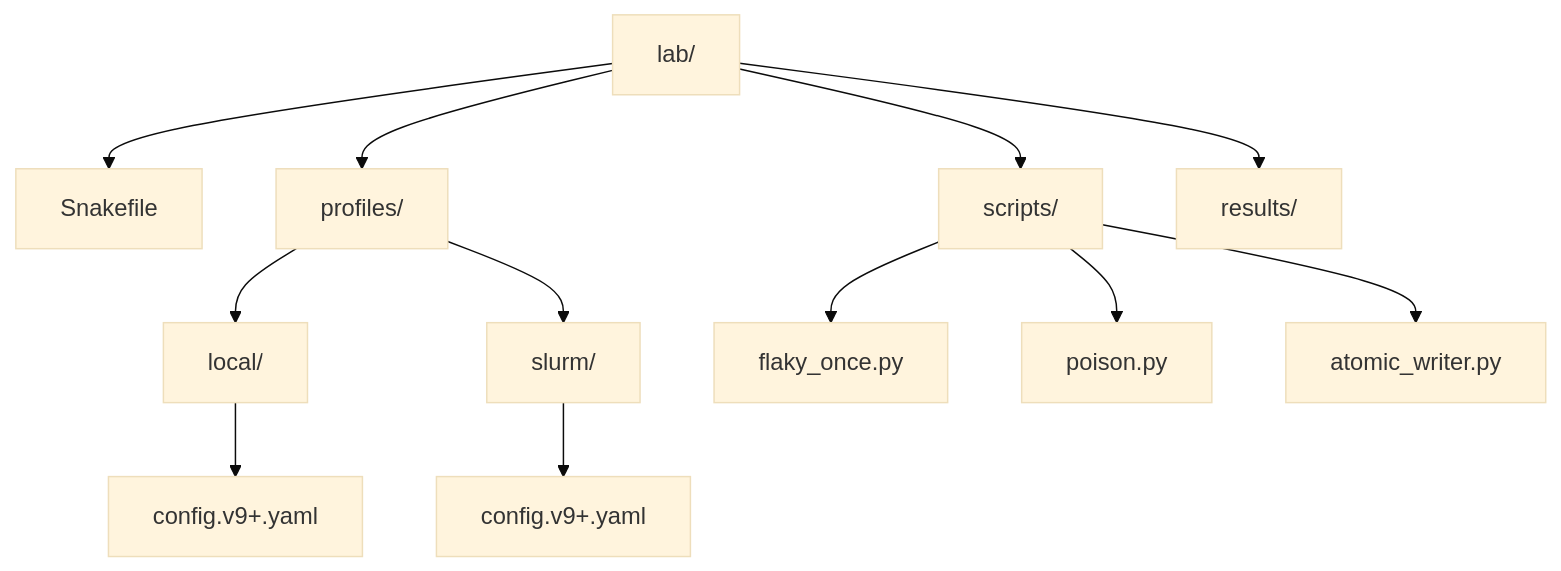
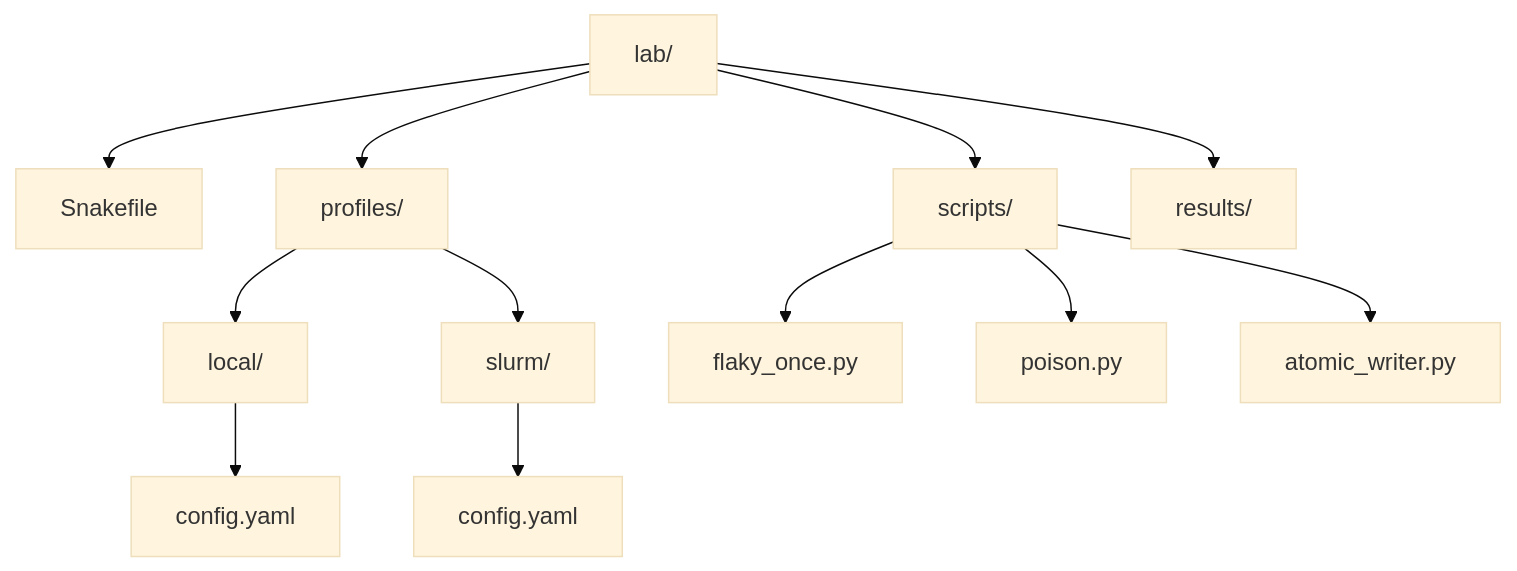
Before and after one commit to bijux/bijux-masterclass: the third of 8 diagrams in programs/reproducible-research/deep-dive-snakemake/course-book/module-03-production-operations-policy-boundaries/index.md, drawn with Mermaid (base theme). The commit also changed other lines of this file, not shown here.

````diff
--- a/programs/reproducible-research/deep-dive-snakemake/course-book/module-03-production-operations-policy-boundaries/index.md
+++ b/programs/reproducible-research/deep-dive-snakemake/course-book/module-03-production-operations-policy-boundaries/index.md
@@ -108,15 +114,15 @@
 ```mermaid
 graph TD
   lab["lab/"]
   lab --> snakefile["Snakefile"]
   lab --> profiles["profiles/"]
   lab --> scripts["scripts/"]
   lab --> results["results/"]
   profiles --> local["local/"]
   profiles --> slurm["slurm/"]
-  local --> localConfig["config.v9+.yaml"]
-  slurm --> slurmConfig["config.v9+.yaml"]
+  local --> localConfig["config.yaml"]
+  slurm --> slurmConfig["config.yaml"]
   scripts --> flaky["flaky_once.py"]
   scripts --> poison["poison.py"]
   scripts --> atomic["atomic_writer.py"]
 ```
````
